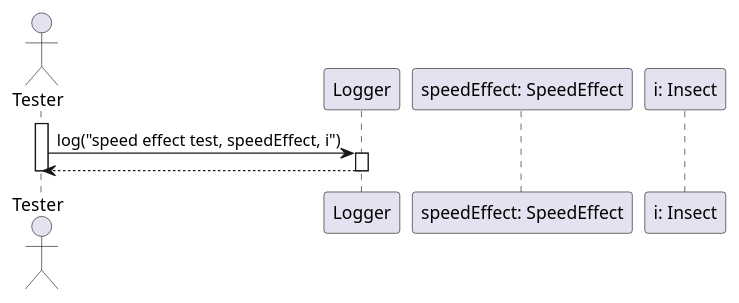
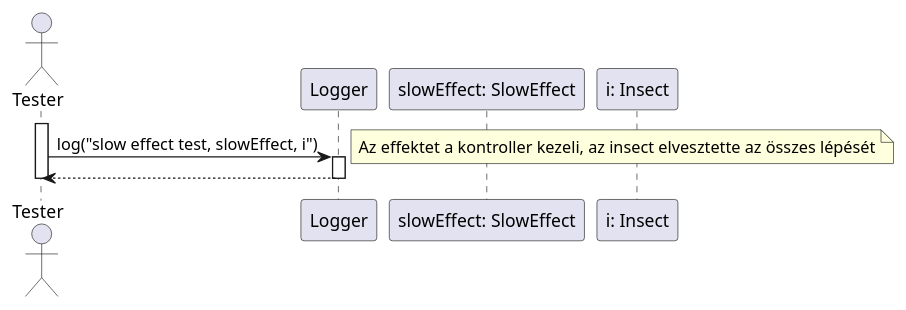
The diagram in diagrams/test-sequence/slowEffect.plantuml (dzsem/projlab), drawn with PlantUML before and after one commit.

Commit message:
added sloweffect diagram

```diff
--- a/diagrams/test-sequence/slowEffect.plantuml
+++ b/diagrams/test-sequence/slowEffect.plantuml
@@ -1,19 +1,20 @@
-@startuml speedEffect
+@startuml slowEffect
 
 actor Tester as tester
 
 participant "Logger" as logger
-participant "speedEffect: SpeedEffect" as speed
+participant "slowEffect: SlowEffect" as slow
 participant "i: Insect" as insect
 
 activate tester
 
-tester -> logger: log("speed effect test, speedEffect, i")
+tester -> logger: log("slow effect test, slowEffect, i")
+note right: Az effektet a kontroller kezeli, az insect elvesztette az összes lépését
 activate logger
 
 logger--> tester
 deactivate logger
 
 deactivate tester
 
 @enduml
```
